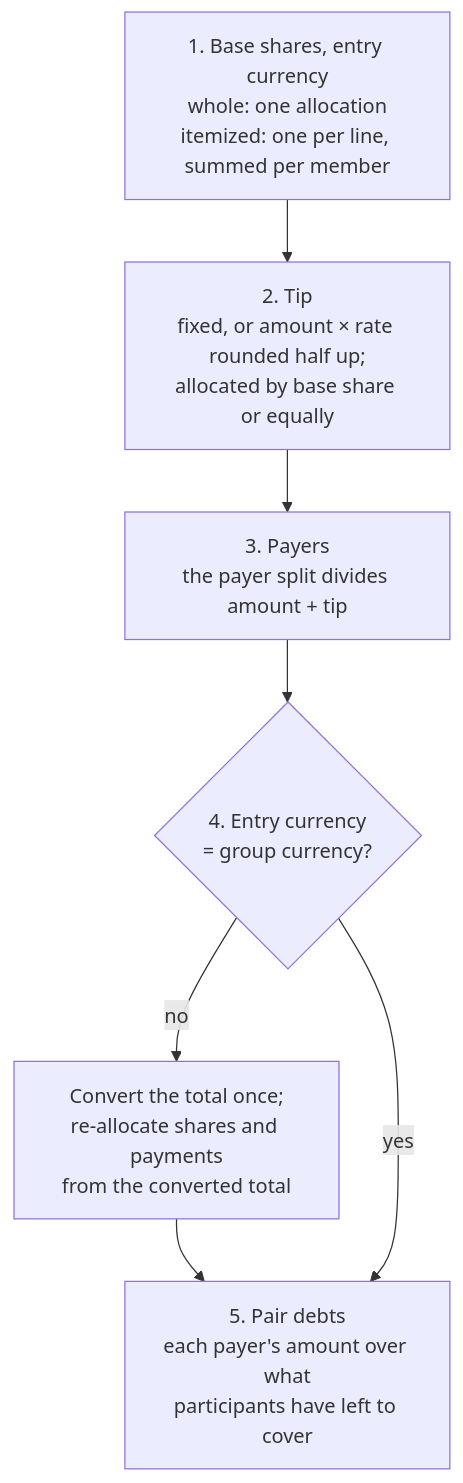
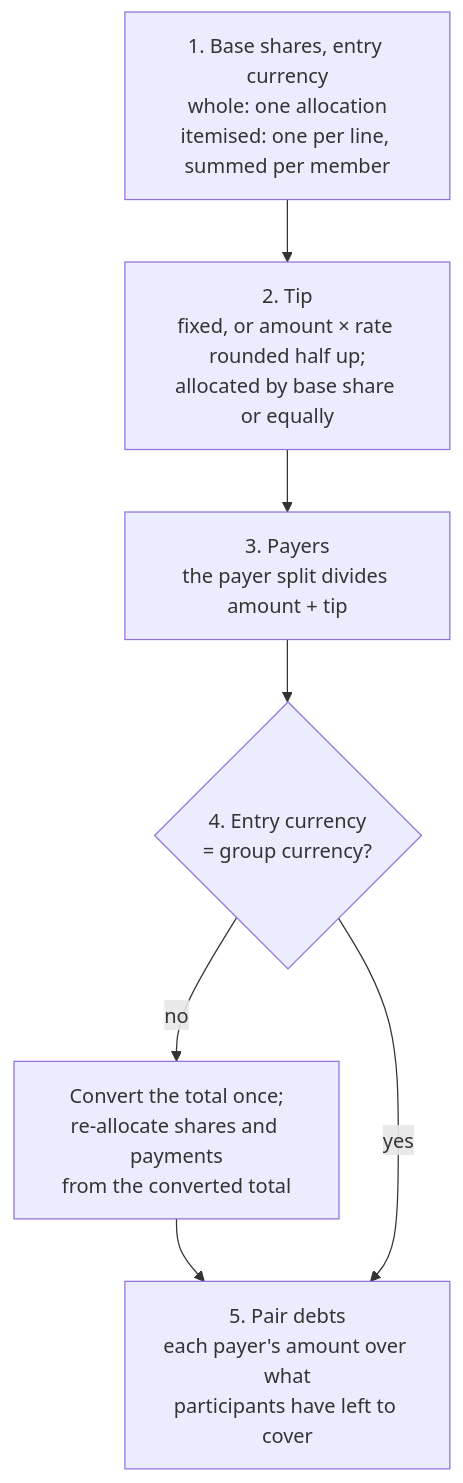
The second of 2 diagrams in docs/ARCHITECTURE.md (cristiancristea00/eranos), drawn with Mermaid before and after one commit. The commit also changed other lines of this file and 60 other files, not shown here.

````diff
--- a/docs/ARCHITECTURE.md
+++ b/docs/ARCHITECTURE.md
@@ -179,12 +179,12 @@
 ```mermaid
 flowchart TD
-    BASE["1. Base shares, entry currency<br/>whole: one allocation<br/>itemized: one per line, summed per member"]
+    BASE["1. Base shares, entry currency<br/>whole: one allocation<br/>itemised: one per line, summed per member"]
     TIP["2. Tip<br/>fixed, or amount × rate rounded half up;<br/>allocated by base share or equally"]
     PAYERS["3. Payers<br/>the payer split divides amount + tip"]
     CONVERT{"4. Entry currency<br/>= group currency?"}
     REALLOCATE["Convert the total once;<br/>re-allocate shares and payments<br/>from the converted total"]
     DEBTS["5. Pair debts<br/>each payer's amount over what<br/>participants have left to cover"]
     BASE --> TIP --> PAYERS --> CONVERT
     CONVERT -- no --> REALLOCATE --> DEBTS
     CONVERT -- yes --> DEBTS
 ```
````
